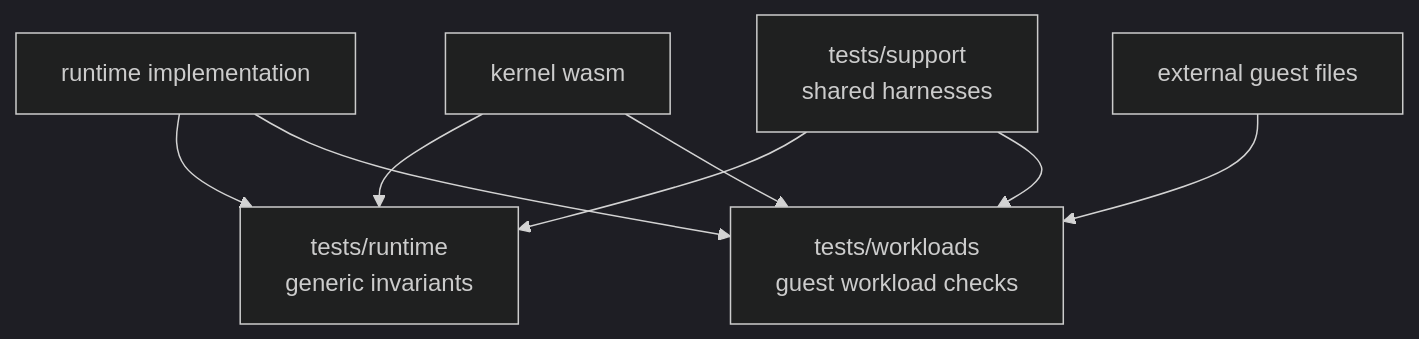
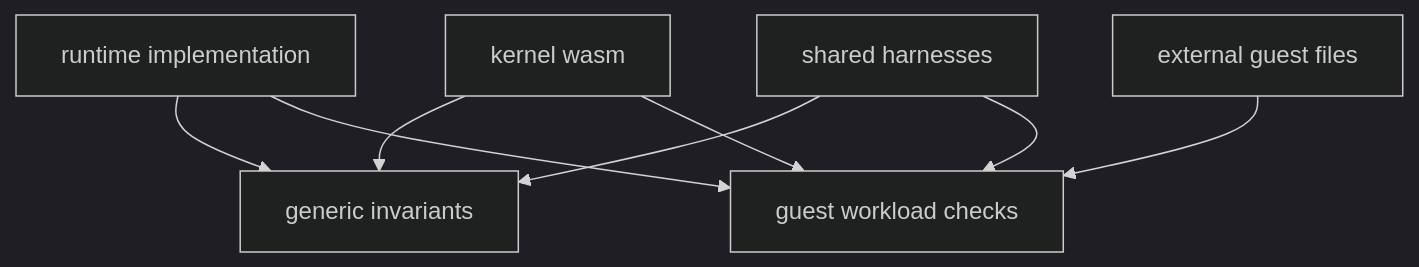
One commit to tidemarksh/docs changed the second of 2 diagrams in docs/runtime.md. Above: the diagram before and after it, drawn with Mermaid (dark theme). The commit also changed other lines of this file and 7 other files, not shown here.

````diff
--- a/docs/runtime.md
+++ b/docs/runtime.md
@@ -139,17 +139,17 @@
 ```mermaid
 flowchart TB
-  RuntimeTests["tests/runtime<br/>generic invariants"]
-  Workloads["tests/workloads<br/>guest workload checks"]
-  Support["tests/support<br/>shared harnesses"]
+  RuntimeTests["generic invariants"]
+  Workloads["guest workload checks"]
+  Support["shared harnesses"]
   Runtime["runtime implementation"]
   Kernel["kernel wasm"]
   GuestFiles["external guest files"]
 
   Runtime --> RuntimeTests
   Runtime --> Workloads
   Kernel --> RuntimeTests
   Kernel --> Workloads
   GuestFiles --> Workloads
   Support --> RuntimeTests
   Support --> Workloads
 ```
````
